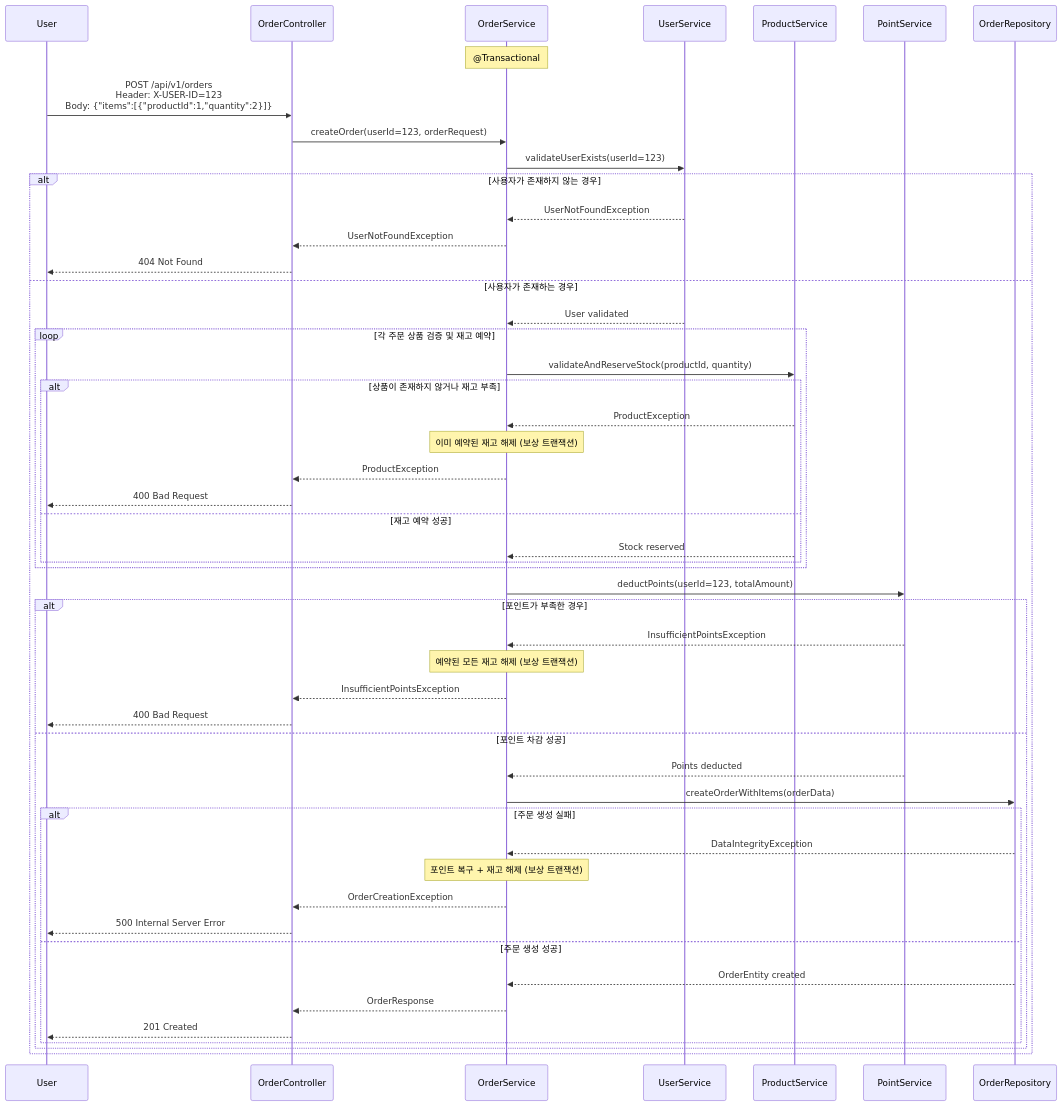
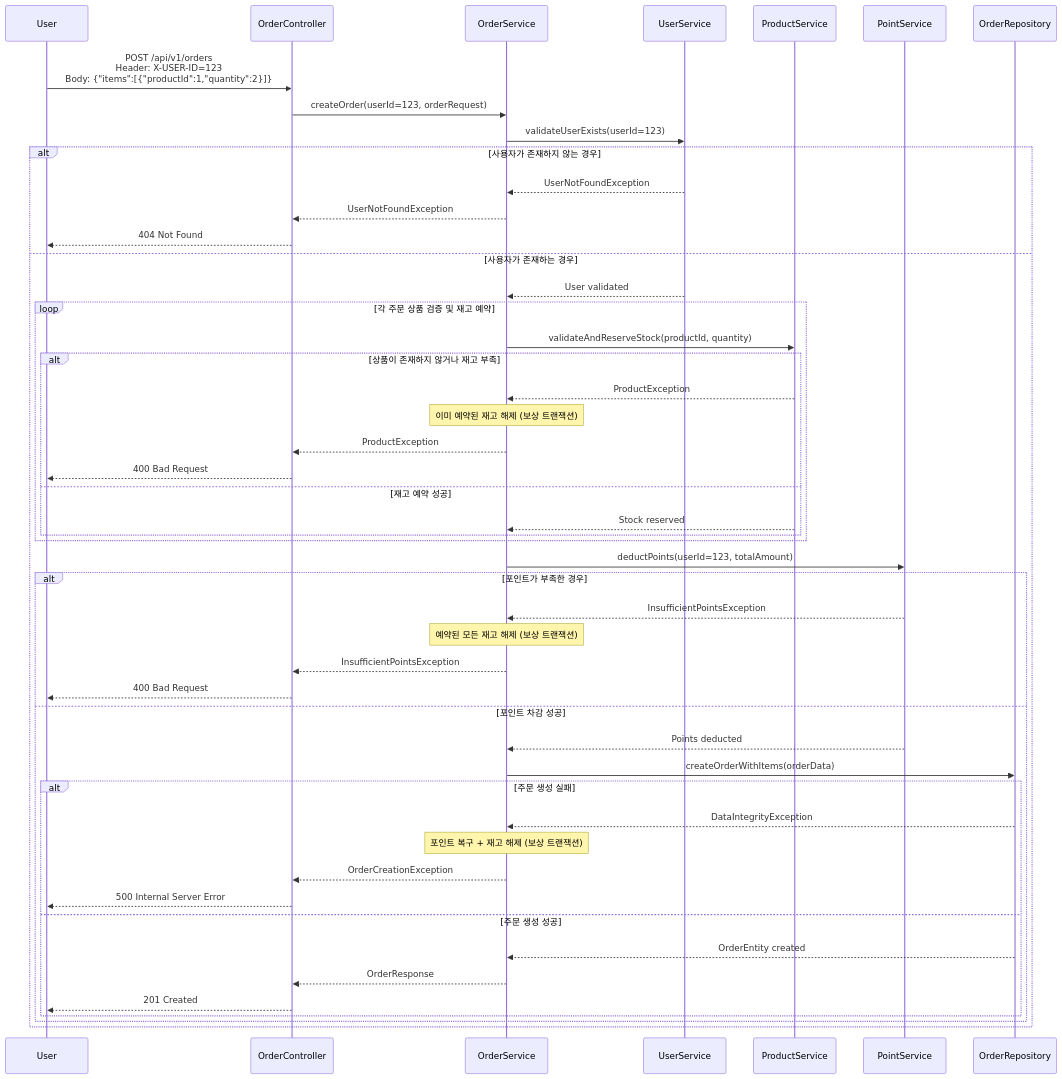
One commit to hyujikoh/loopers-spring-java-template changed the eighth of 10 diagrams in docs/week2/02-sequence-diagrams.md. Above: the diagram before and after it, drawn with Mermaid. The commit also changed other lines of this file and 1 other file, not shown here.

Commit message:
docs(sequence-diagram): 주문 처리 트랜잭션 관련 문서 수정
- 트랜잭션 관련 노트 제거
- 단일 트랜잭션 및 보상 트랜잭션 설명 수정
- 메서드 시그니처에서 매개변수 제거

````diff
--- a/docs/week2/02-sequence-diagrams.md
+++ b/docs/week2/02-sequence-diagrams.md
@@ -218,57 +218,56 @@
 ```mermaid
 sequenceDiagram
     participant User
     participant OrderController
     participant OrderService
     participant UserService
     participant ProductService
     participant PointService
     participant OrderRepository
     
-    Note over OrderService: @Transactional
 
     User->>OrderController: POST /api/v1/orders<br/>Header: X-USER-ID=123<br/>Body: {"items":[{"productId":1,"quantity":2}]}
     OrderController->>OrderService: createOrder(userId=123, orderRequest)
     
     OrderService->>UserService: validateUserExists(userId=123)
     alt 사용자가 존재하지 않는 경우
         UserService-->>OrderService: UserNotFoundException
         OrderService-->>OrderController: UserNotFoundException
         OrderController-->>User: 404 Not Found
     else 사용자가 존재하는 경우
         UserService-->>OrderService: User validated
         
         loop 각 주문 상품 검증 및 재고 예약
             OrderService->>ProductService: validateAndReserveStock(productId, quantity)
             alt 상품이 존재하지 않거나 재고 부족
                 ProductService-->>OrderService: ProductException
                 Note over OrderService: 이미 예약된 재고 해제 (보상 트랜잭션)
                 OrderService-->>OrderController: ProductException
                 OrderController-->>User: 400 Bad Request
             else 재고 예약 성공
                 ProductService-->>OrderService: Stock reserved
             end
         end
         
         OrderService->>PointService: deductPoints(userId=123, totalAmount)
         alt 포인트가 부족한 경우
             PointService-->>OrderService: InsufficientPointsException
             Note over OrderService: 예약된 모든 재고 해제 (보상 트랜잭션)
             OrderService-->>OrderController: InsufficientPointsException
             OrderController-->>User: 400 Bad Request
         else 포인트 차감 성공
             PointService-->>OrderService: Points deducted
             OrderService->>OrderRepository: createOrderWithItems(orderData)
             alt 주문 생성 실패
                 OrderRepository-->>OrderService: DataIntegrityException
                 Note over OrderService: 포인트 복구 + 재고 해제 (보상 트랜잭션)
                 OrderService-->>OrderController: OrderCreationException
                 OrderController-->>User: 500 Internal Server Error
             else 주문 생성 성공
                 OrderRepository-->>OrderService: OrderEntity created
                 OrderService-->>OrderController: OrderResponse
                 OrderController-->>User: 201 Created
             end
         end
     end
 ```
````
